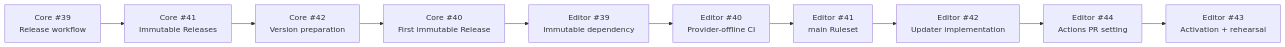
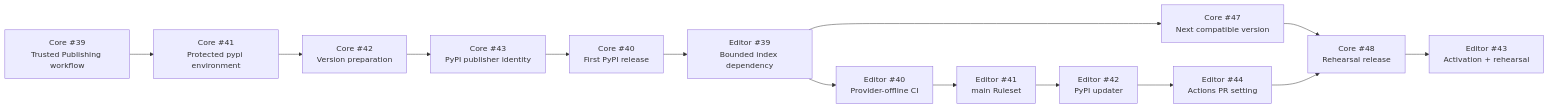
The diagram in docs/superpowers/specs/2026-07-23-cross-repo-release-reliability-design.md (lanmogu98/editor-assistant), drawn with Mermaid before and after one commit. The commit also changed other lines of this file, not shown here.

Commit message:
docs: pivot release delivery to PyPI

````diff
--- a/docs/superpowers/specs/2026-07-23-cross-repo-release-reliability-design.md
+++ b/docs/superpowers/specs/2026-07-23-cross-repo-release-reliability-design.md
@@ -95,12 +113,16 @@
 ```mermaid
 flowchart LR
-    C1["Core #39<br/>Release workflow"] --> C2["Core #41<br/>Immutable Releases"]
+    C1["Core #39<br/>Trusted Publishing workflow"] --> C2["Core #41<br/>Protected pypi environment"]
     C2 --> C3["Core #42<br/>Version preparation"]
-    C3 --> C4["Core #40<br/>First immutable Release"]
-    C4 --> E1["Editor #39<br/>Immutable dependency"]
+    C3 --> C4["Core #43<br/>PyPI publisher identity"]
+    C4 --> C5["Core #40<br/>First PyPI release"]
+    C5 --> E1["Editor #39<br/>Bounded index dependency"]
     E1 --> E2["Editor #40<br/>Provider-offline CI"]
+    E1 --> C6["Core #47<br/>Next compatible version"]
     E2 --> E3["Editor #41<br/>main Ruleset"]
-    E3 --> E4["Editor #42<br/>Updater implementation"]
+    E3 --> E4["Editor #42<br/>PyPI updater"]
     E4 --> E5["Editor #44<br/>Actions PR setting"]
-    E5 --> E6["Editor #43<br/>Activation + rehearsal"]
+    C6 --> C7["Core #48<br/>Rehearsal release"]
+    E5 --> C7
+    C7 --> E6["Editor #43<br/>Activation + rehearsal"]
 ```
````
